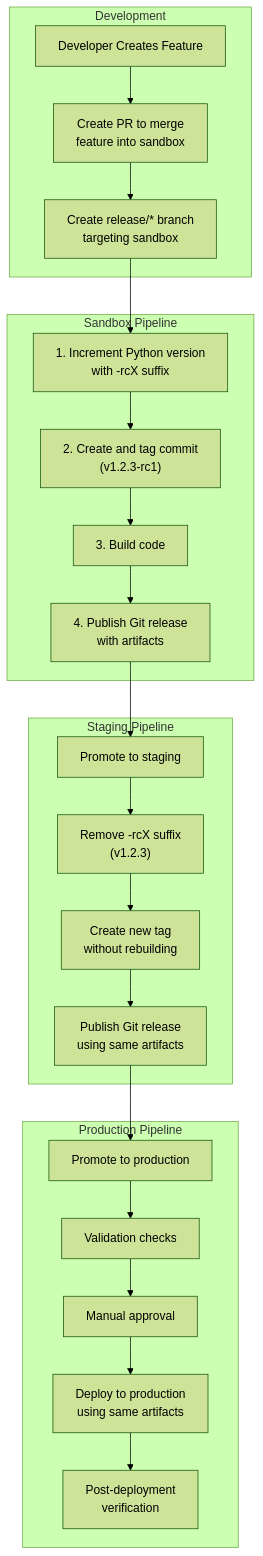
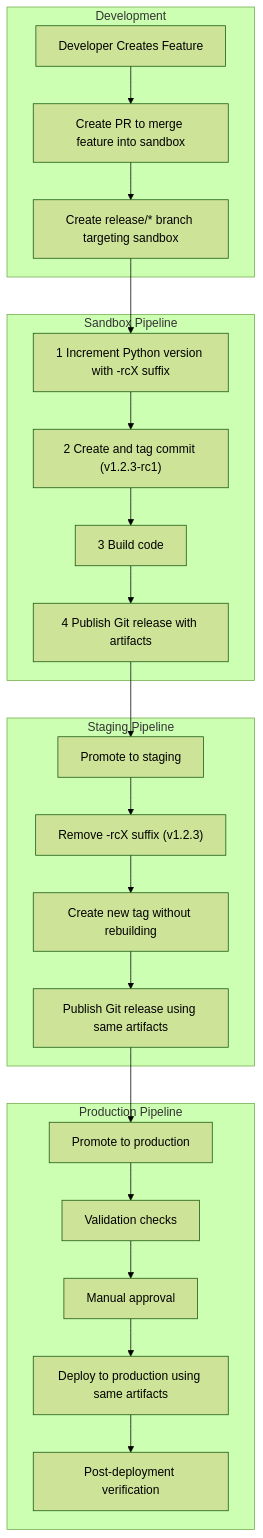
Before and after one commit to ONSdigital/dp-data-pipelines: the first of 2 diagrams in docs/cicd/release-process.md, drawn with Mermaid (forest theme).

Commit message:
chore: formatting

````diff
--- a/docs/cicd/release-process.md
+++ b/docs/cicd/release-process.md
@@ -1,49 +1,49 @@
 ```mermaid
 flowchart TD
     subgraph "Development"
         dev[Developer Creates Feature]
-        pr[Create PR to merge\nfeature into sandbox]
-        rel[Create release/* branch\ntargeting sandbox]
+        pr[Create PR to merge feature into sandbox]
+        rel[Create release/* branch targeting sandbox]
     end
     
     dev --> pr
     pr --> rel
     
     subgraph "Sandbox Pipeline"
-        increment["1. Increment Python version\nwith -rcX suffix"]
-        tag["2. Create and tag commit\n(v1.2.3-rc1)"]
-        build["3. Build code"]
-        publish["4. Publish Git release\nwith artifacts"]
+        increment["1 Increment Python version with -rcX suffix"]
+        tag["2 Create and tag commit (v1.2.3-rc1)"]
+        build["3 Build code"]
+        publish["4 Publish Git release with artifacts"]
     end
     
     rel --> increment
     increment --> tag
     tag --> build
     build --> publish
     
     subgraph "Staging Pipeline"
         promote_staging["Promote to staging"]
-        remove_suffix["Remove -rcX suffix\n(v1.2.3)"]
-        tag_staging["Create new tag\nwithout rebuilding"]
-        publish_staging["Publish Git release\nusing same artifacts"]
+        remove_suffix["Remove -rcX suffix (v1.2.3)"]
+        tag_staging["Create new tag without rebuilding"]
+        publish_staging["Publish Git release using same artifacts"]
     end
     
     publish --> promote_staging
     promote_staging --> remove_suffix
     remove_suffix --> tag_staging
     tag_staging --> publish_staging
     
     subgraph "Production Pipeline"
         promote_prod["Promote to production"]
         validation["Validation checks"]
         approval["Manual approval"]
-        deploy_prod["Deploy to production\nusing same artifacts"]
-        verify["Post-deployment\nverification"]
+        deploy_prod["Deploy to production using same artifacts"]
+        verify["Post-deployment verification"]
     end
     
     publish_staging --> promote_prod
     promote_prod --> validation
     validation --> approval
     approval --> deploy_prod
     deploy_prod --> verify
 ```
````
